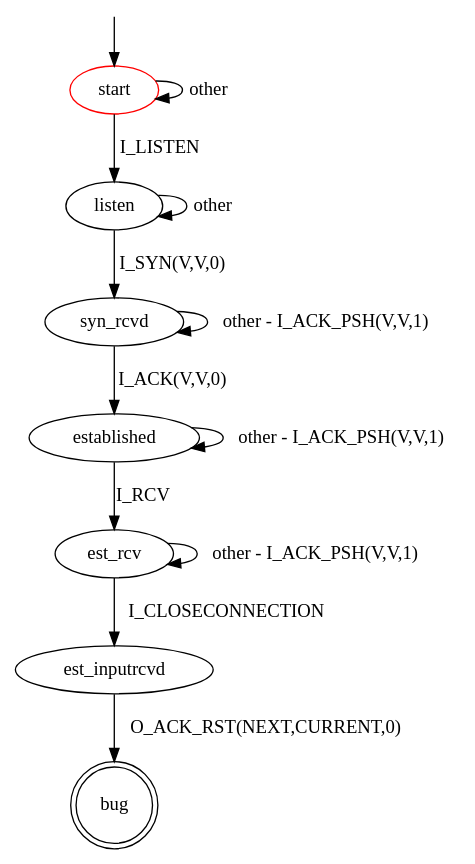
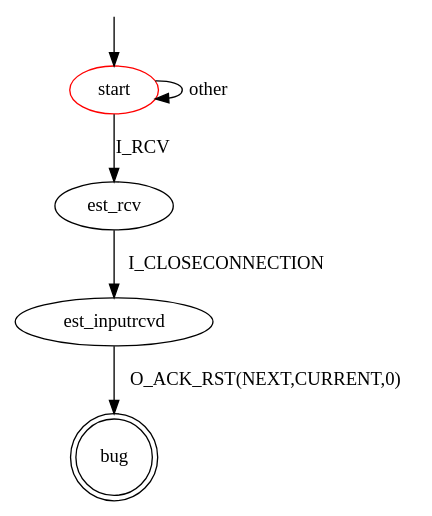
The diagram in src/main/resources/patterns/tcp/server/unexpected_rst.dot (assist-project/state-machine-bug-finder), drawn with Graphviz before and after one commit. The commit also changed 19 other files, not shown here.

```diff
--- a/src/main/resources/patterns/tcp/server/unexpected_rst.dot
+++ b/src/main/resources/patterns/tcp/server/unexpected_rst.dot
@@ -1,20 +1,13 @@
 digraph G {
 label=""
 start [color="red"]
 bug [shape="doublecircle"]
 
+start -> est_rcv [label="I_RCV"]
 start -> start [label="other"]
-start -> listen [label="I_LISTEN"]
-listen -> listen [label="other"]
-listen -> syn_rcvd [label="I_SYN(V,V,0)"]
-syn_rcvd -> syn_rcvd [label="other - I_ACK_PSH(V,V,1)"]
-syn_rcvd -> established [label="I_ACK(V,V,0)"]
-established -> established [label="other - I_ACK_PSH(V,V,1)"]
-established -> est_rcv [label="I_RCV"]
-est_rcv -> est_rcv [label="other - I_ACK_PSH(V,V,1)"]
 est_rcv -> est_inputrcvd [label="I_CLOSECONNECTION"]
 est_inputrcvd -> bug [label="O_ACK_RST(NEXT,CURRENT,0)"]
 
 __start0 [label="" shape="none" width="0" height="0"];
 __start0 -> start;
 }
```
